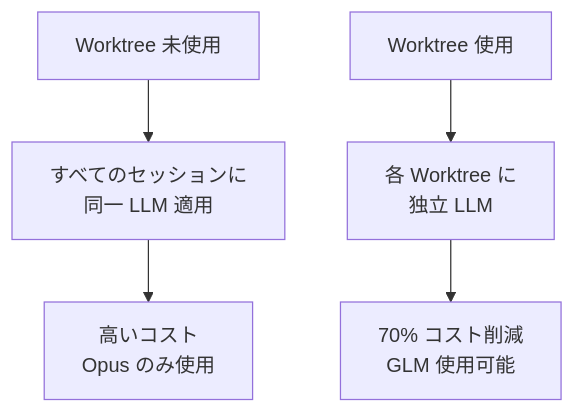
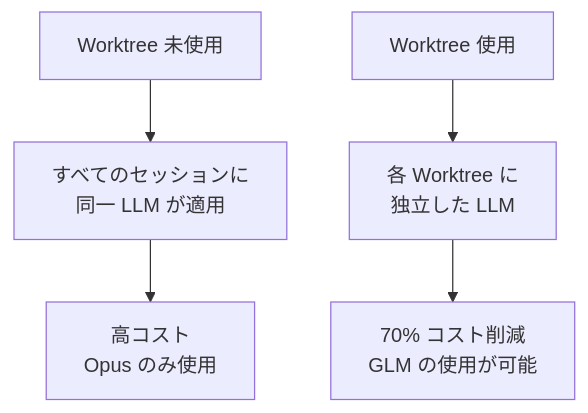
The second of 9 diagrams in docs-site/content/ja/worktree/faq.md (modu-ai/moai-adk), drawn with Mermaid before and after one commit. The commit also changed other lines of this file and 395 other files, not shown here.

````diff
--- a/docs-site/content/ja/worktree/faq.md
+++ b/docs-site/content/ja/worktree/faq.md
@@ -68,8 +69,8 @@
 ```mermaid
 graph TB
-    A[Worktree 未使用] --> B[すべてのセッションに<br/>同一 LLM 適用]
-    B --> C[高いコスト<br/>Opus のみ使用]
+    A[Worktree 未使用] --> B[すべてのセッションに<br/>同一 LLM が適用]
+    B --> C[高コスト<br/>Opus のみ使用]
 
-    D[Worktree 使用] --> E[各 Worktree に<br/>独立 LLM]
-    E --> F[70% コスト削減<br/>GLM 使用可能]
+    D[Worktree 使用] --> E[各 Worktree に<br/>独立した LLM]
+    E --> F[70% コスト削減<br/>GLM の使用が可能]
 ```
````
